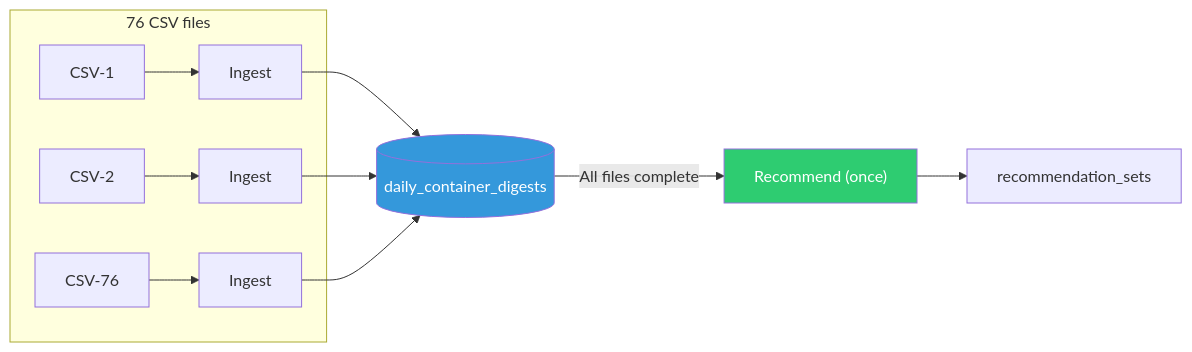
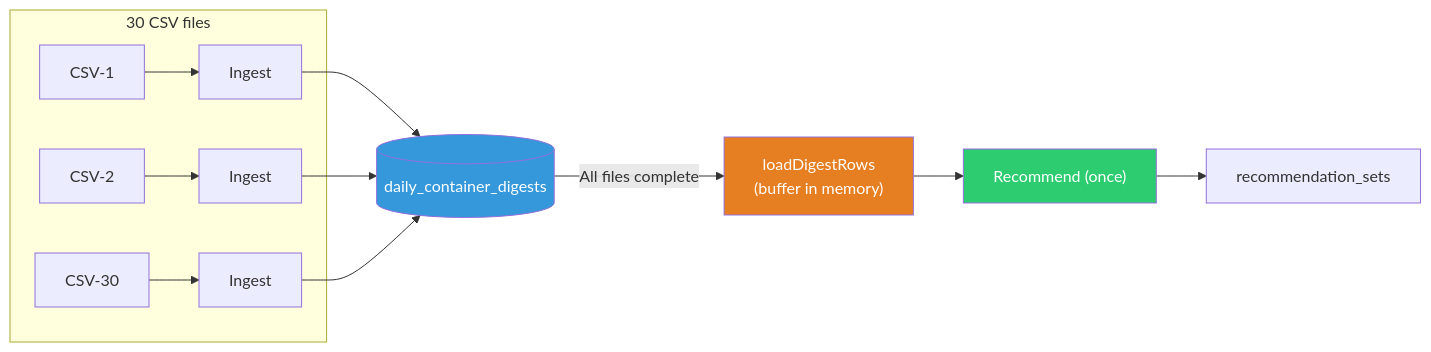
Before and after one commit to pgarciaq/ros-ocp-backend: the third of 3 diagrams in docs-site/operations/scale-benchmark-report.md, drawn with Mermaid. The commit also changed other lines of this file, not shown here.

````diff
--- a/docs-site/operations/scale-benchmark-report.md
+++ b/docs-site/operations/scale-benchmark-report.md
@@ -131,16 +257,18 @@
 ```mermaid
 flowchart LR
-    subgraph "76 CSV files"
+    subgraph "30 CSV files"
         CSV1["CSV-1"] --> Ingest1["Ingest"]
         CSV2["CSV-2"] --> Ingest2["Ingest"]
-        CSVN["CSV-76"] --> IngestN["Ingest"]
+        CSVN["CSV-30"] --> IngestN["Ingest"]
     end
     Ingest1 --> DB[(daily_container_digests)]
     Ingest2 --> DB
     IngestN --> DB
-    DB --> |"All files complete"| Recommend["Recommend (once)"]
+    DB --> |"All files complete"| Load["loadDigestRows<br/>(buffer in memory)"]
+    Load --> Recommend["Recommend (once)"]
     Recommend --> Results["recommendation_sets"]
 
     style Recommend fill:#2ecc71,color:#fff
     style DB fill:#3498db,color:#fff
+    style Load fill:#e67e22,color:#fff
 ```
````
